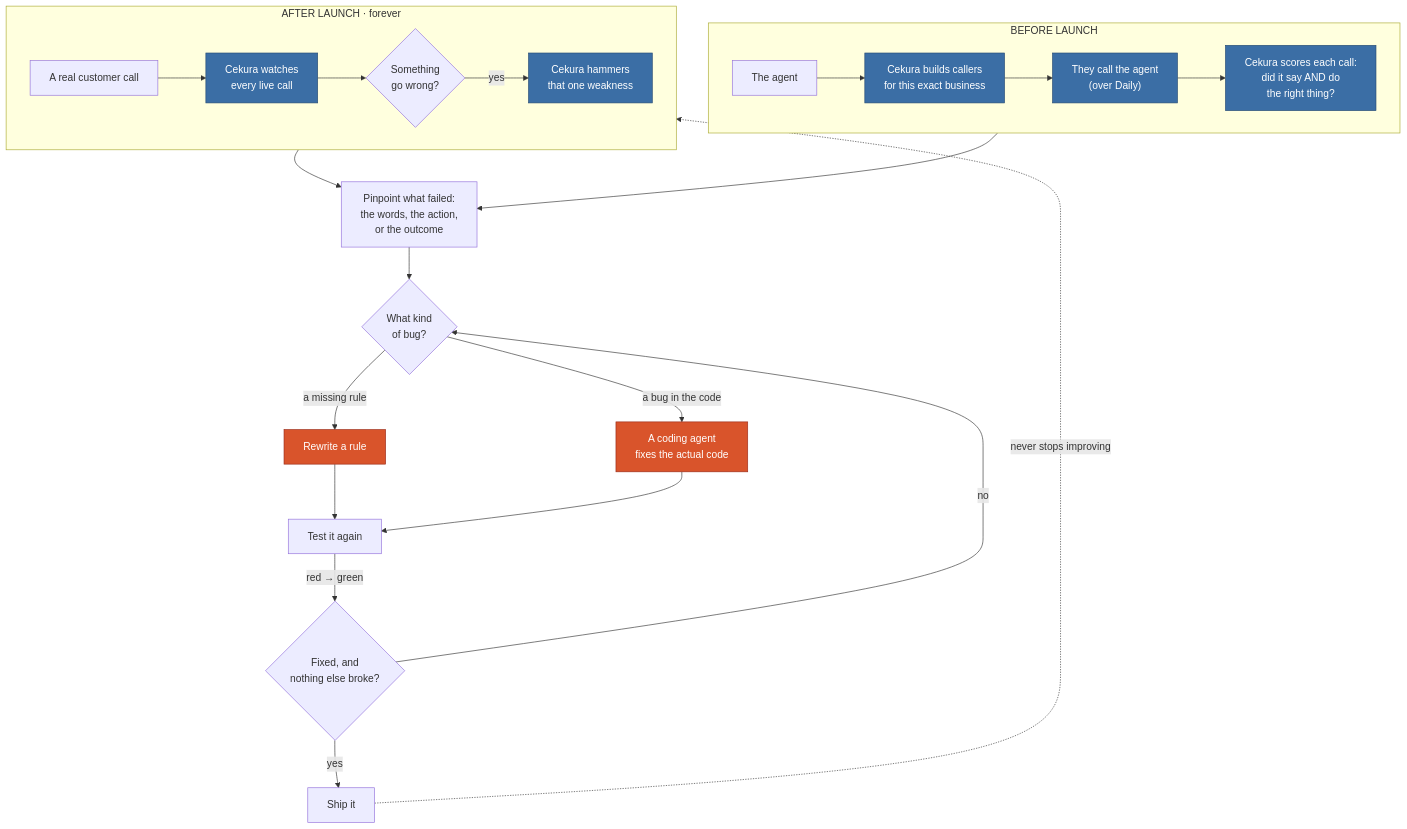
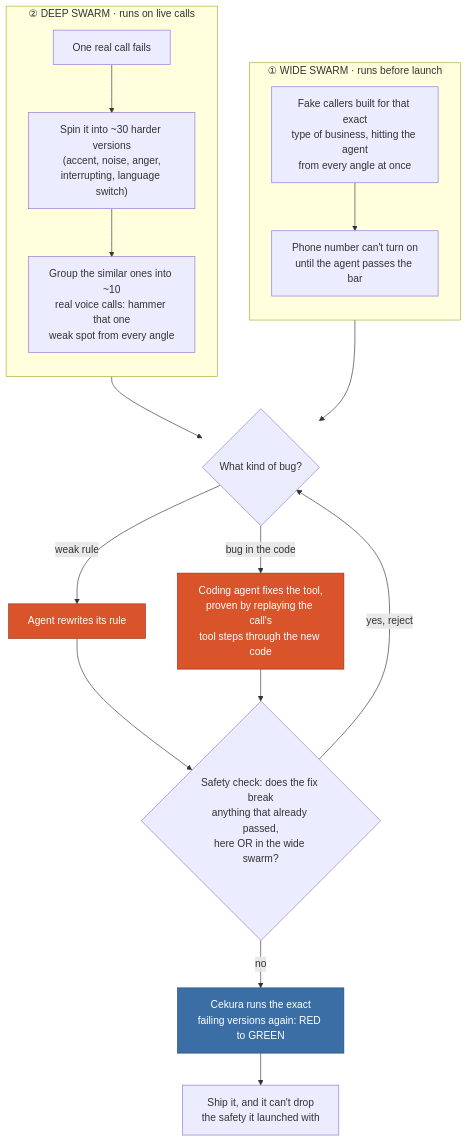
The second of 3 diagrams in README.md (adityasingh2400/otto), drawn with Mermaid before and after one commit. The commit also changed other lines of this file, not shown here.

First line of the commit message:
docs(readme): rewrite for judges — two-swarm Cekura framing, plain language, dash-free

````diff
--- a/README.md
+++ b/README.md
@@ -152,28 +142,24 @@
 ```mermaid
 flowchart TB
-  subgraph PRE["BEFORE LAUNCH"]
-    direction LR
-    SPEC1["The agent"] --> GEN["Cekura builds callers<br/>for this exact business"]:::cek
-    GEN --> SIM["They call the agent<br/>(over Daily)"]:::cek
-    SIM --> MET["Cekura scores each call:<br/>did it say AND do<br/>the right thing?"]:::cek
+  subgraph GEN["① WIDE SWARM · runs before launch"]
+    direction TB
+    GA["Fake callers built for that exact<br/>type of business, hitting the agent<br/>from every angle at once"] --> GB["Phone number can't turn on<br/>until the agent passes the bar"]
   end
-  subgraph PROD["AFTER LAUNCH · forever"]
-    direction LR
-    LIVE["A real customer call"] --> MON["Cekura watches<br/>every live call"]:::cek
-    MON --> REG{"Something<br/>go wrong?"}
-    REG -->|"yes"| FOCUS["Cekura hammers<br/>that one weakness"]:::cek
+  subgraph PROD["② DEEP SWARM · runs on live calls"]
+    direction TB
+    PA["One real call fails"] --> PB["Spin it into ~30 harder versions<br/>(accent, noise, anger,<br/>interrupting, language switch)"]
+    PB --> PC["Group the similar ones into ~10<br/>real voice calls: hammer that one<br/>weak spot from every angle"]
   end
-  MET --> TAX["Pinpoint what failed:<br/>the words, the action,<br/>or the outcome"]
-  FOCUS --> TAX
-  TAX --> ROUTE{"What kind<br/>of bug?"}
-  ROUTE -->|"a missing rule"| HEALP["Rewrite a rule"]:::hot
-  ROUTE -->|"a bug in the code"| HEALC["A coding agent<br/>fixes the actual code"]:::hot
-  HEALP --> VER["Test it again"]
-  HEALC --> VER
-  VER -->|"red → green"| GATE{"Fixed, and<br/>nothing else broke?"}
-  GATE -->|"no"| ROUTE
-  GATE -->|"yes"| ACT["Ship it"]
-  ACT -.->|"never stops improving"| LIVE
-  classDef cek fill:#3b6ea5,stroke:#274b73,color:#ffffff;
-  classDef hot fill:#d9542b,stroke:#9a2a18,color:#ffffff;
+  GB --> ENG
+  PC --> ENG{"What kind of bug?"}
+  ENG -->|"weak rule"| RP["Agent rewrites its rule"]:::hot
+  ENG -->|"bug in the code"| RC["Coding agent fixes the tool,<br/>proven by replaying the call's<br/>tool steps through the new code"]:::hot
+  RP --> GUARD
+  RC --> GUARD
+  GUARD{"Safety check: does the fix break<br/>anything that already passed,<br/>here OR in the wide swarm?"}
+  GUARD -->|"yes, reject"| ENG
+  GUARD -->|"no"| CONF["Cekura runs the exact<br/>failing versions again: RED to GREEN"]:::cek
+  CONF --> SHIP["Ship it, and it can't drop<br/>the safety it launched with"]
+  classDef cek fill:#3b6ea5,stroke:#274b73,color:#fff;
+  classDef hot fill:#d9542b,stroke:#9a2a18,color:#fff;
 ```
````
